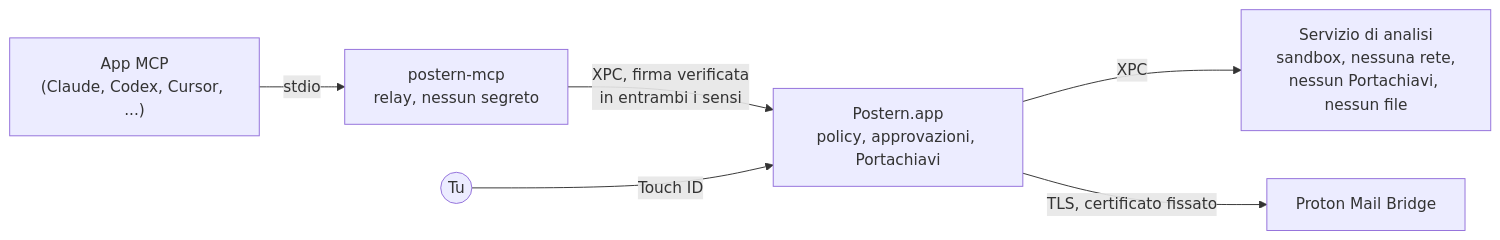
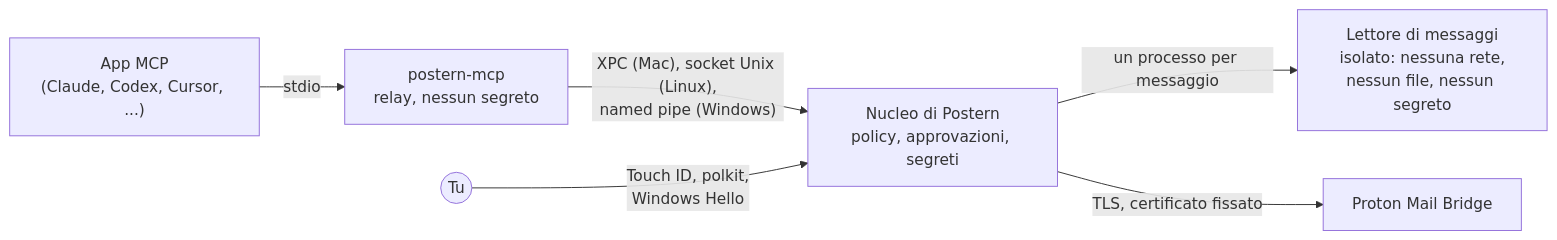
The diagram in README.it.md (ruben4reall/postern), drawn with Mermaid before and after one commit. The commit also changed other lines of this file and 30 other files, not shown here.

````diff
--- a/README.it.md
+++ b/README.it.md
@@ -365,8 +398,8 @@
 ```mermaid
 flowchart LR
     client["App MCP<br>(Claude, Codex, Cursor, ...)"] -- "stdio" --> relay["postern-mcp<br>relay, nessun segreto"]
-    relay -- "XPC, firma verificata<br>in entrambi i sensi" --> core["Postern.app<br>policy, approvazioni, Portachiavi"]
-    core -- "XPC" --> parser["Servizio di analisi<br>sandbox, nessuna rete,<br>nessun Portachiavi, nessun file"]
+    relay -- "XPC (Mac), socket Unix (Linux),<br>named pipe (Windows)" --> core["Nucleo di Postern<br>policy, approvazioni, segreti"]
+    core -- "un processo per messaggio" --> parser["Lettore di messaggi<br>isolato: nessuna rete,<br>nessun file, nessun segreto"]
     core -- "TLS, certificato fissato" --> bridge["Proton Mail Bridge"]
-    you(("Tu")) -- "Touch ID" --> core
+    you(("Tu")) -- "Touch ID, polkit,<br>Windows Hello" --> core
 ```
````
